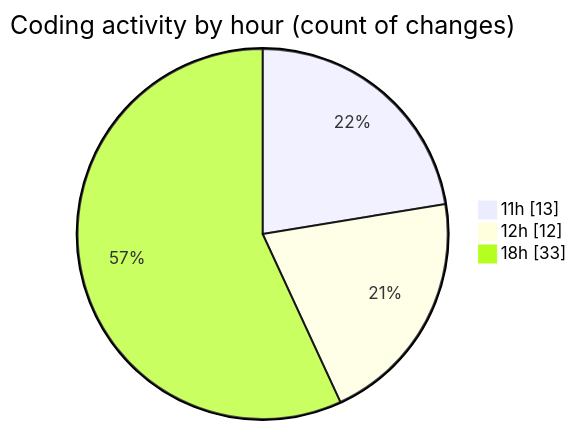
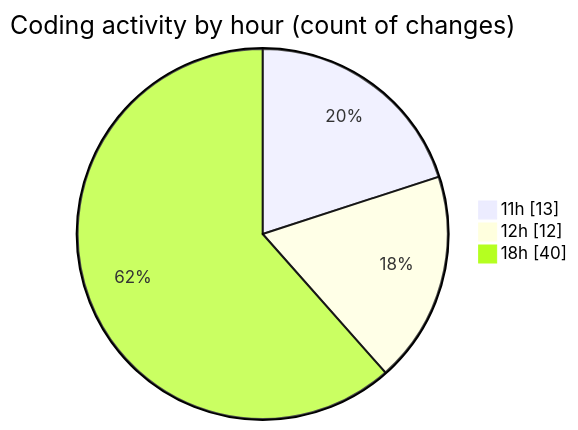
The second of 2 diagrams in 2025-01-25/termonied-web/README.md (robertbonfada/code-tracking), drawn with Mermaid before and after one commit. The commit also changed other lines of this file and 1 other file, not shown here.

````diff
--- a/2025-01-25/termonied-web/README.md
+++ b/2025-01-25/termonied-web/README.md
@@ -52,7 +53,7 @@
 ```mermaid
 pie showData
 title Coding activity by hour (count of changes)
 "11h" : 13
 "12h" : 12
-"18h" : 33
+"18h" : 40
 ```
````
